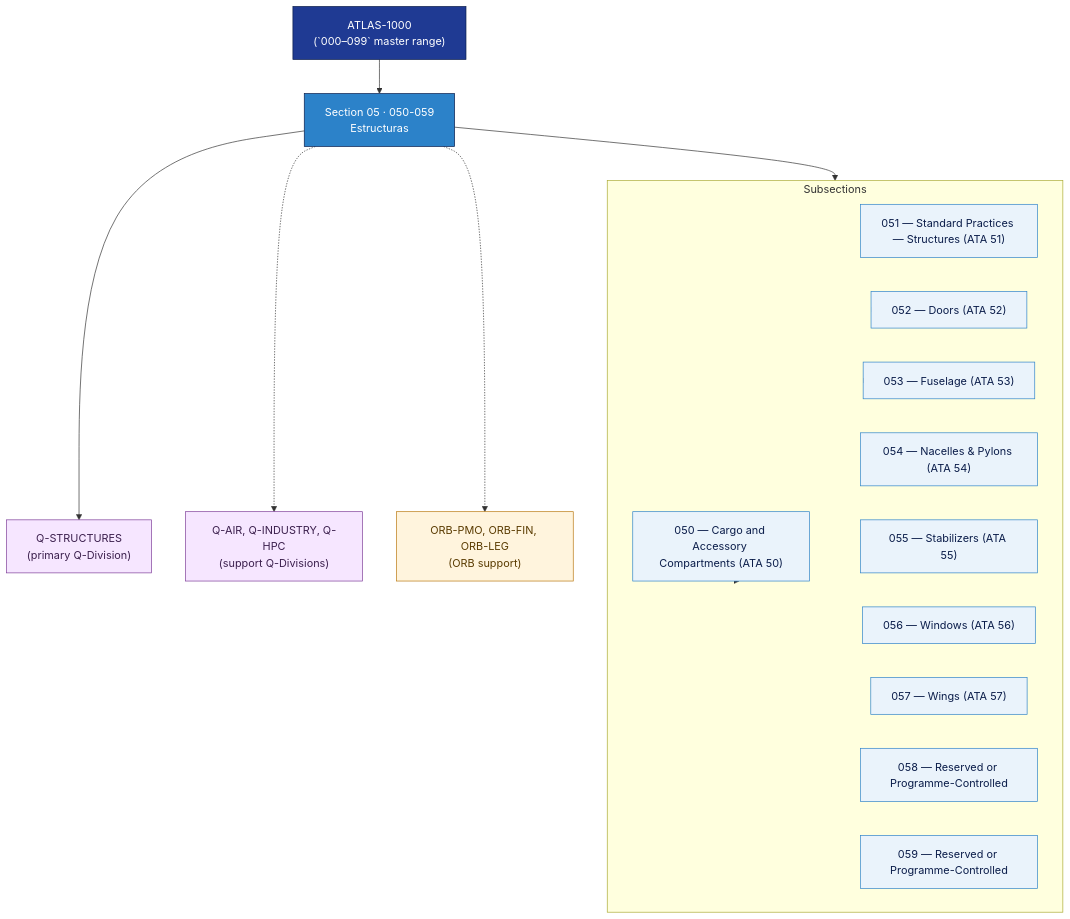
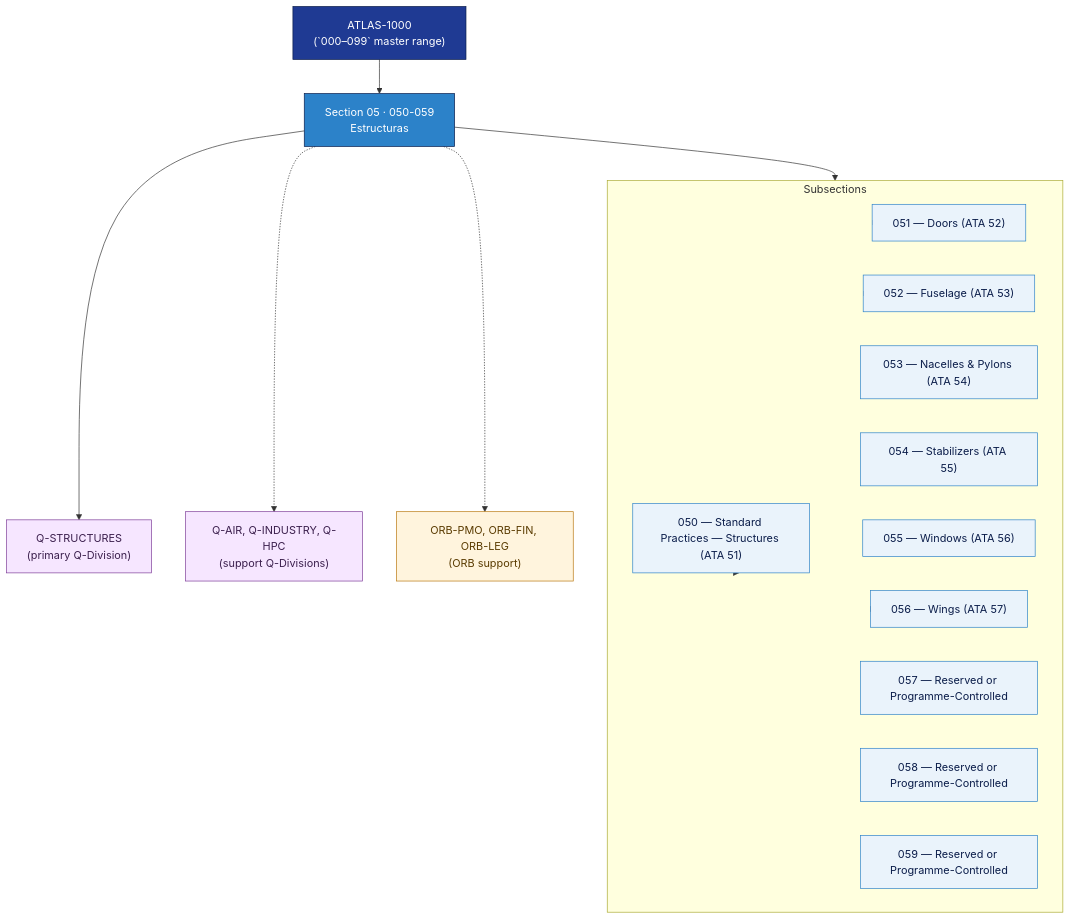
The diagram in Q+ATLANTIDE/000-099_ATLAS/050-059_Estructuras/README.md (AmedeoPelliccia/Qplus-For-All-Queer-People-and-Quantum), drawn with Mermaid before and after one commit. The commit also changed other lines of this file and 9 other files, not shown here.

First line of the commit message:
refactor(ATLAS-050-059): revert subsection shift, restore Standard-Practices at 050, add 059 Reserved

````diff
--- a/Q+ATLANTIDE/000-099_ATLAS/050-059_Estructuras/README.md
+++ b/Q+ATLANTIDE/000-099_ATLAS/050-059_Estructuras/README.md
@@ -55,46 +55,46 @@
 ```mermaid
 flowchart TB
     PARENT["ATLAS-1000<br/>(`000–099` master range)"]:::parent
     SEC["Section 05 · 050-059<br/>Estructuras"]:::sec
     PARENT --> SEC
 
     subgraph SUBS["Subsections"]
         direction LR
-        SUB_050["050 — Cargo and Accessory Compartments (ATA 50)"]:::sub
-        SUB_051["051 — Standard Practices — Structures (ATA 51)"]:::sub
-        SUB_052["052 — Doors (ATA 52)"]:::sub
-        SUB_053["053 — Fuselage (ATA 53)"]:::sub
-        SUB_054["054 — Nacelles & Pylons (ATA 54)"]:::sub
-        SUB_055["055 — Stabilizers (ATA 55)"]:::sub
-        SUB_056["056 — Windows (ATA 56)"]:::sub
-        SUB_057["057 — Wings (ATA 57)"]:::sub
+        SUB_050["050 — Standard Practices — Structures (ATA 51)"]:::sub
+        SUB_051["051 — Doors (ATA 52)"]:::sub
+        SUB_052["052 — Fuselage (ATA 53)"]:::sub
+        SUB_053["053 — Nacelles & Pylons (ATA 54)"]:::sub
+        SUB_054["054 — Stabilizers (ATA 55)"]:::sub
+        SUB_055["055 — Windows (ATA 56)"]:::sub
+        SUB_056["056 — Wings (ATA 57)"]:::sub
+        SUB_057["057 — Reserved or Programme-Controlled"]:::sub
         SUB_058["058 — Reserved or Programme-Controlled"]:::sub
         SUB_059["059 — Reserved or Programme-Controlled"]:::sub
     end
     SEC --> SUBS
 
     QPRIM["Q-STRUCTURES<br/>(primary Q-Division)"]:::qdiv
     QSUPP["Q-AIR, Q-INDUSTRY, Q-HPC<br/>(support Q-Divisions)"]:::qdiv
     ORB["ORB-PMO, ORB-FIN, ORB-LEG<br/>(ORB support)"]:::orb
 
     SEC --> QPRIM
     SEC -.-> QSUPP
     SEC -.-> ORB
 
     SUBS --> SUB_050
     SUBS --> SUB_051
     SUBS --> SUB_052
     SUBS --> SUB_053
     SUBS --> SUB_054
     SUBS --> SUB_055
     SUBS --> SUB_056
     SUBS --> SUB_057
     SUBS --> SUB_058
     SUBS --> SUB_059
 
     classDef parent fill:#1f3a93,stroke:#0b1d4a,color:#fff
     classDef sec fill:#2c82c9,stroke:#0b1d4a,color:#fff
     classDef sub fill:#eaf3fb,stroke:#2c82c9,color:#0b1d4a
     classDef qdiv fill:#f6e6ff,stroke:#7d3c98,color:#3b1f4d
     classDef orb fill:#fff4dd,stroke:#b9770e,color:#5a3b00
 ```
````
